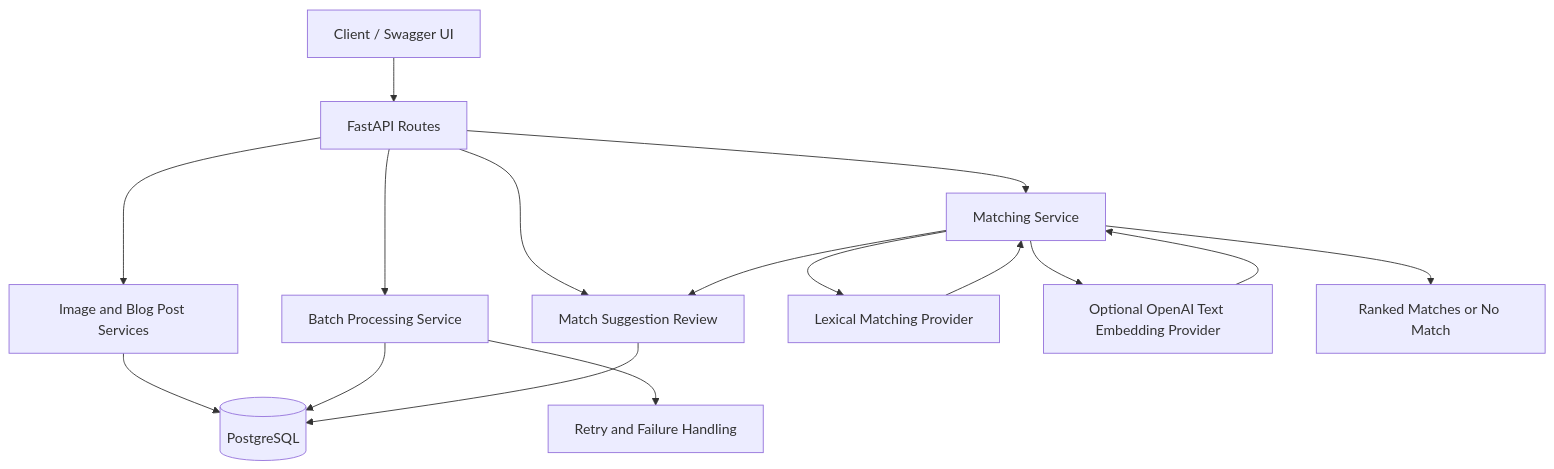
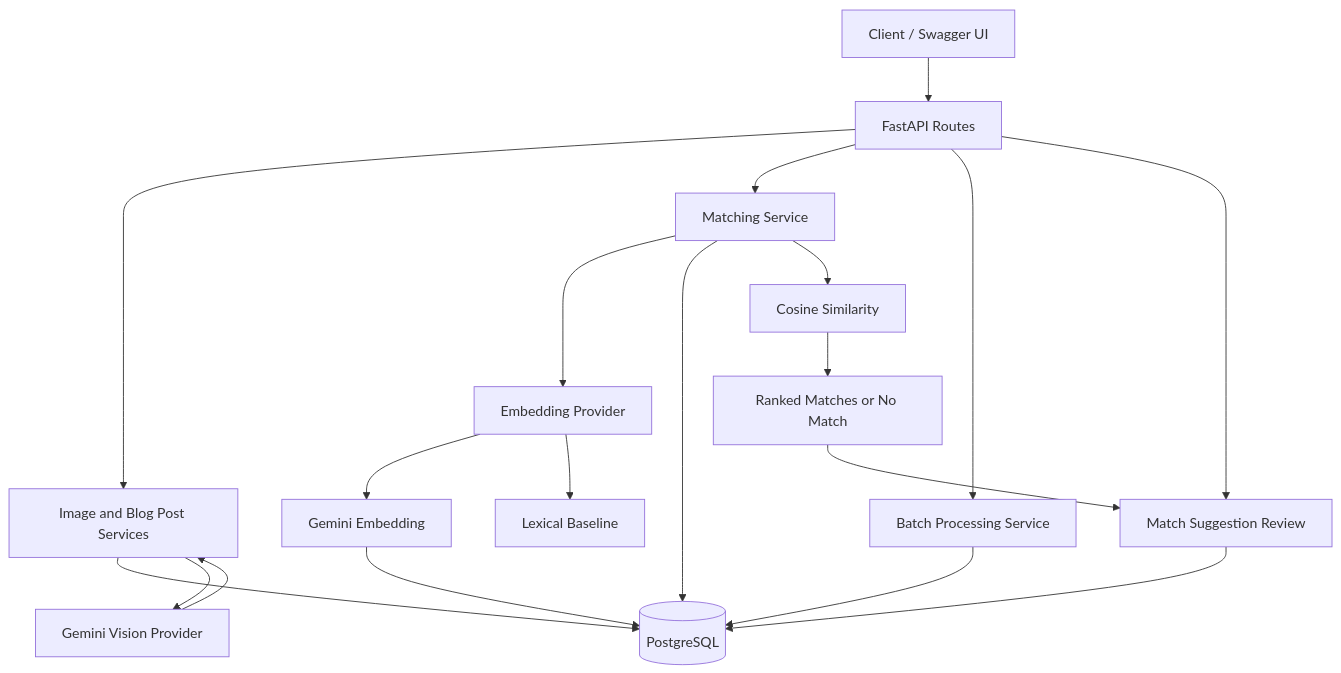
The diagram in README.md (Plabon-Basak/flyrank-capstone-image-relevance), drawn with Mermaid before and after one commit. The commit also changed other lines of this file and 32 other files, not shown here.

````diff
--- a/README.md
+++ b/README.md
@@ -27,18 +34,25 @@
 ```mermaid
 flowchart TD
     A[Client / Swagger UI] --> B[FastAPI Routes]
     B --> C[Image and Blog Post Services]
     B --> D[Matching Service]
     B --> E[Batch Processing Service]
     B --> K[Match Suggestion Review]
+
     C --> F[(PostgreSQL)]
     E --> F
     K --> F
-    D --> G[Lexical Matching Provider]
-    D --> H[Optional OpenAI Text Embedding Provider]
-    G --> D
-    H --> D
-    D --> I[Ranked Matches or No Match]
-    D --> K
-    E --> J[Retry and Failure Handling]
+
+    C --> G[Gemini Vision Provider]
+    G --> C
+
+    D --> H[Embedding Provider]
+    H --> I[Gemini Embedding]
+    H --> J[Lexical Baseline]
+
+    I --> F
+    D --> F
+    D --> L[Cosine Similarity]
+    L --> M[Ranked Matches or No Match]
+    M --> K
 ```
````
